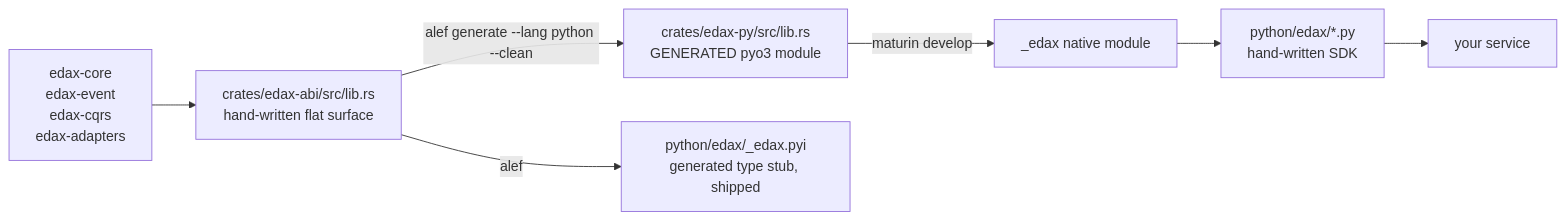
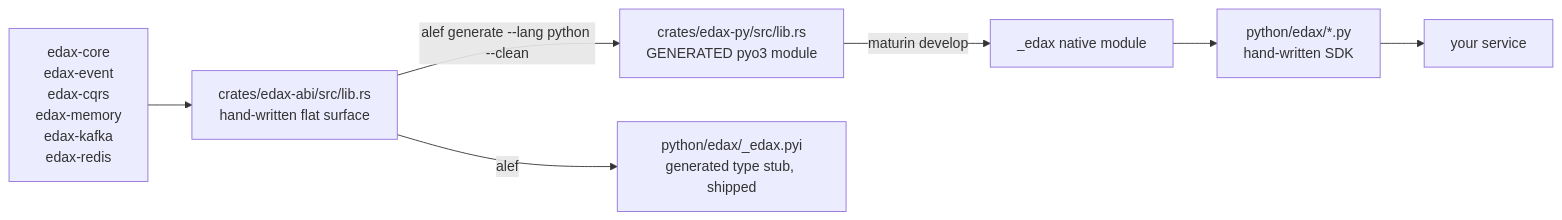
Before and after one commit to haskian/edax: the third of 4 diagrams in docs/architecture.md, drawn with Mermaid. The commit also changed other lines of this file and 81 other files, not shown here.

First line of the commit message:
Per-tech kernel crates: edax-memory, edax-kafka, edax-redis with IO shells (#9)

````diff
--- a/docs/architecture.md
+++ b/docs/architecture.md
@@ -109,9 +125,9 @@
 ```mermaid
 flowchart LR
-    K["edax-core<br/>edax-event<br/>edax-cqrs<br/>edax-adapters"] --> ABI["crates/edax-abi/src/lib.rs<br/>hand-written flat surface"]
+    K["edax-core<br/>edax-event<br/>edax-cqrs<br/>edax-memory<br/>edax-kafka<br/>edax-redis"] --> ABI["crates/edax-abi/src/lib.rs<br/>hand-written flat surface"]
     ABI -->|"alef generate --lang python --clean"| GEN["crates/edax-py/src/lib.rs<br/>GENERATED pyo3 module"]
     ABI -->|"alef"| STUB["python/edax/_edax.pyi<br/>generated type stub, shipped"]
     GEN -->|"maturin develop"| SO["_edax native module"]
     SO --> PKG["python/edax/*.py<br/>hand-written SDK"]
     PKG --> APP["your service"]
 ```
````
